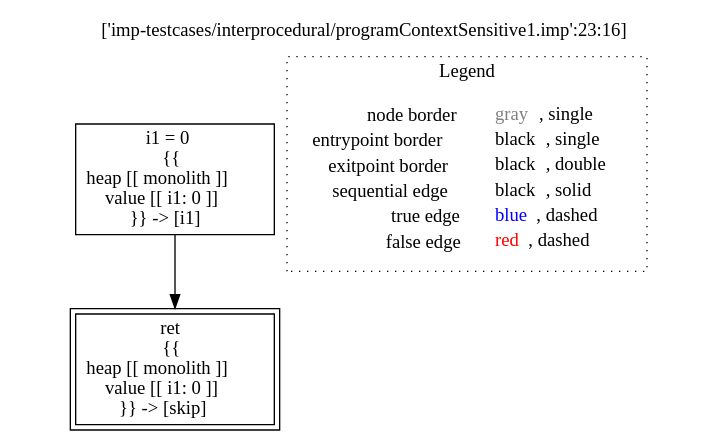
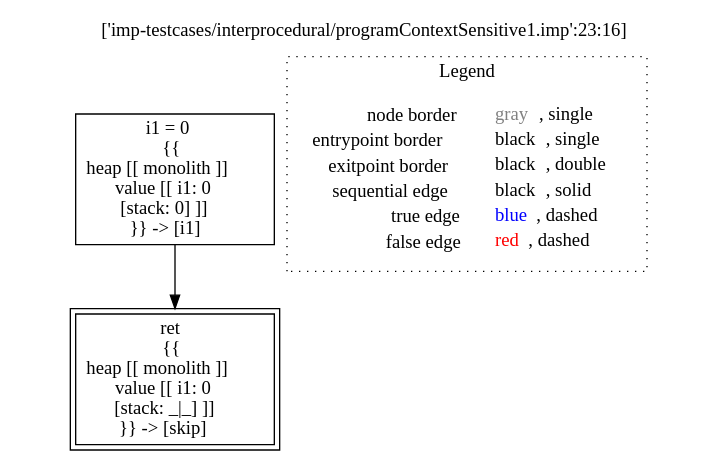
The diagram in lisa/lisa-core/imp-testcases/interprocedural/RTAContextSensitive1/analysis___-1137467753_untyped_A.A(A_this).dot (lisa-analyzer/lisa), drawn with Graphviz before and after one commit. The commit also changed 84 other files, not shown here.

```diff
--- a/lisa/lisa-core/imp-testcases/interprocedural/RTAContextSensitive1/analysis___-1137467753_untyped_A.A(A_this).dot
+++ b/lisa/lisa-core/imp-testcases/interprocedural/RTAContextSensitive1/analysis___-1137467753_untyped_A.A(A_this).dot
@@ -1,14 +1,14 @@
 digraph {
 	labelloc="t";
 	label="['imp-testcases/interprocedural/programContextSensitive1.imp':23:16]";
-	"node0" [shape="rect",color="black",label=<i1 = 0<BR/>{{<BR/>heap [[ monolith ]]<BR/>value [[ i1: 0 ]]<BR/>}} -&gt; [i1]>];
-	"node1" [shape="rect",color="black",peripheries="2",label=<ret<BR/>{{<BR/>heap [[ monolith ]]<BR/>value [[ i1: 0 ]]<BR/>}} -&gt; [skip]>];
+	"node0" [shape="rect",color="black",label=<i1 = 0<BR/>{{<BR/>heap [[ monolith ]]<BR/>value [[ i1: 0<BR/>[stack: 0] ]]<BR/>}} -&gt; [i1]>];
+	"node1" [shape="rect",color="black",peripheries="2",label=<ret<BR/>{{<BR/>heap [[ monolith ]]<BR/>value [[ i1: 0<BR/>[stack: _|_] ]]<BR/>}} -&gt; [skip]>];
 	"node0" -> "node1" [color="black"];
 subgraph cluster_legend {
 	label="Legend";
 	style=dotted;
 	node [shape=plaintext];
 	"legend" [label=<<table border="0" cellpadding="2" cellspacing="0" cellborder="0"><tr><td align="right">node border&nbsp;</td><td align="left"><font color="gray">gray</font>, single</td></tr><tr><td align="right">entrypoint border&nbsp;</td><td align="left"><font color="black">black</font>, single</td></tr><tr><td align="right">exitpoint border&nbsp;</td><td align="left"><font color="black">black</font>, double</td></tr><tr><td align="right">sequential edge&nbsp;</td><td align="left"><font color="black">black</font>, solid</td></tr><tr><td align="right">true edge&nbsp;</td><td align="left"><font color="blue">blue</font>, dashed</td></tr><tr><td align="right">false edge&nbsp;</td><td align="left"><font color="red">red</font>, dashed</td></tr></table>>];
 }
 
 }
```
